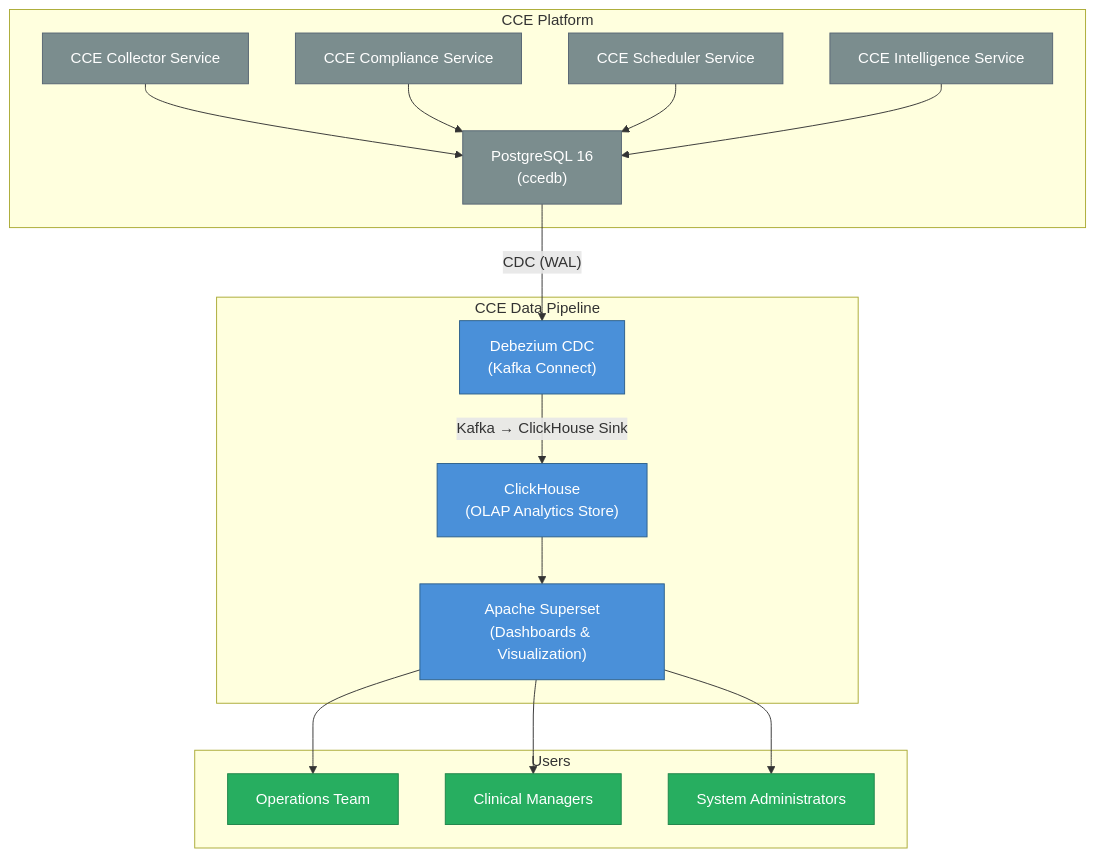
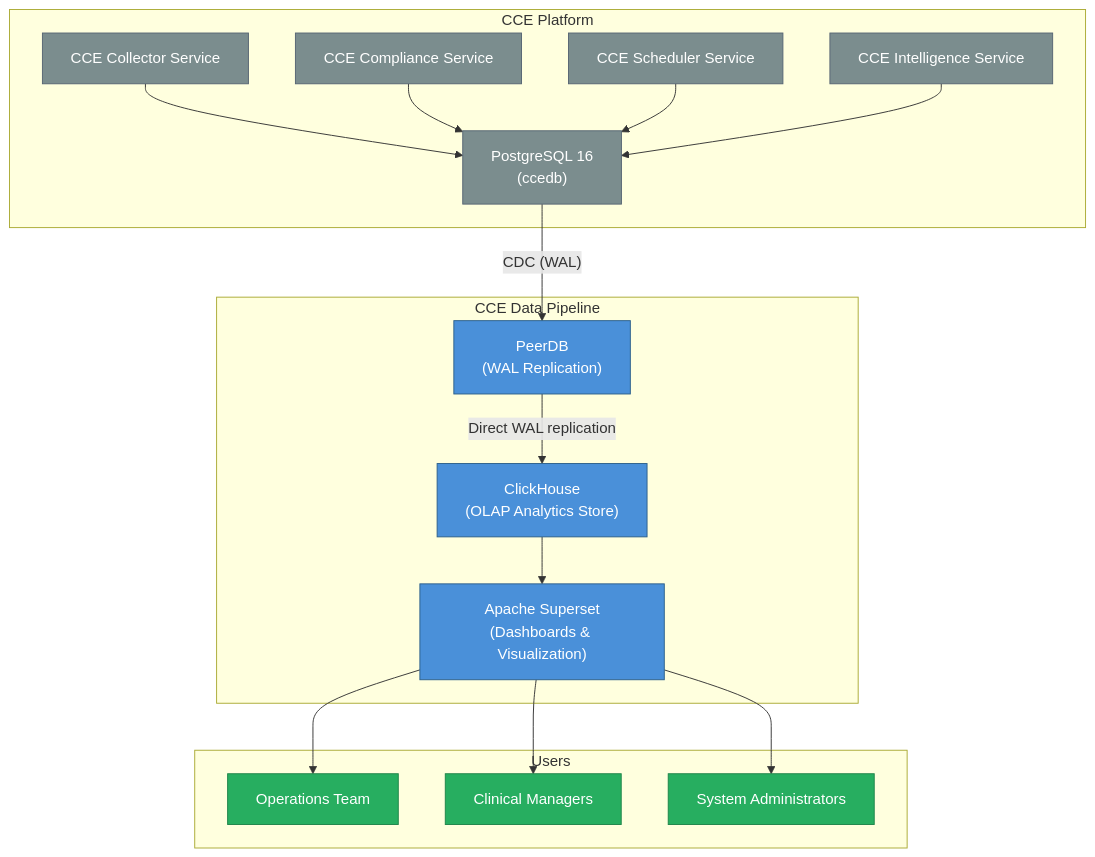
One commit to Jayaprakash8887/cce-data-pipeline changed the first of 2 diagrams in docs/architecture-overview.md. Above: the diagram before and after it, drawn with Mermaid. The commit also changed other lines of this file and 33 other files, not shown here.

````diff
--- a/docs/architecture-overview.md
+++ b/docs/architecture-overview.md
@@ -5,43 +5,43 @@
 ```mermaid
 graph TB
     subgraph Existing["CCE Platform"]
         COLLECTOR["CCE Collector Service"]
         COMPLIANCE["CCE Compliance Service"]
         SCHEDULER["CCE Scheduler Service"]
         INTELLIGENCE["CCE Intelligence Service"]
         PG["PostgreSQL 16<br/>(ccedb)"]
     end
 
     subgraph Pipeline["CCE Data Pipeline"]
-        DEBEZIUM["Debezium CDC<br/>(Kafka Connect)"]
+        PEERDB["PeerDB<br/>(WAL Replication)"]
         CLICKHOUSE["ClickHouse<br/>(OLAP Analytics Store)"]
         SUPERSET["Apache Superset<br/>(Dashboards & Visualization)"]
     end
 
     subgraph Users
         OPS["Operations Team"]
         CLINICAL["Clinical Managers"]
         ADMIN["System Administrators"]
     end
 
     COLLECTOR --> PG
     COMPLIANCE --> PG
     SCHEDULER --> PG
     INTELLIGENCE --> PG
 
-    PG -->|"CDC (WAL)"| DEBEZIUM
-    DEBEZIUM -->|"Kafka → ClickHouse Sink"| CLICKHOUSE
+    PG -->|"CDC (WAL)"| PEERDB
+    PEERDB -->|"Direct WAL replication"| CLICKHOUSE
     CLICKHOUSE --> SUPERSET
 
     SUPERSET --> OPS
     SUPERSET --> CLINICAL
     SUPERSET --> ADMIN
 
     classDef existing fill:#7B8D8E,stroke:#566573,color:white
     classDef pipeline fill:#4A90D9,stroke:#2C5F8A,color:white
     classDef users fill:#27AE60,stroke:#1E8449,color:white
 
     class COLLECTOR,COMPLIANCE,SCHEDULER,INTELLIGENCE,PG existing
-    class DEBEZIUM,CLICKHOUSE,SUPERSET pipeline
+    class PEERDB,CLICKHOUSE,SUPERSET pipeline
     class OPS,CLINICAL,ADMIN users
 ```
````
